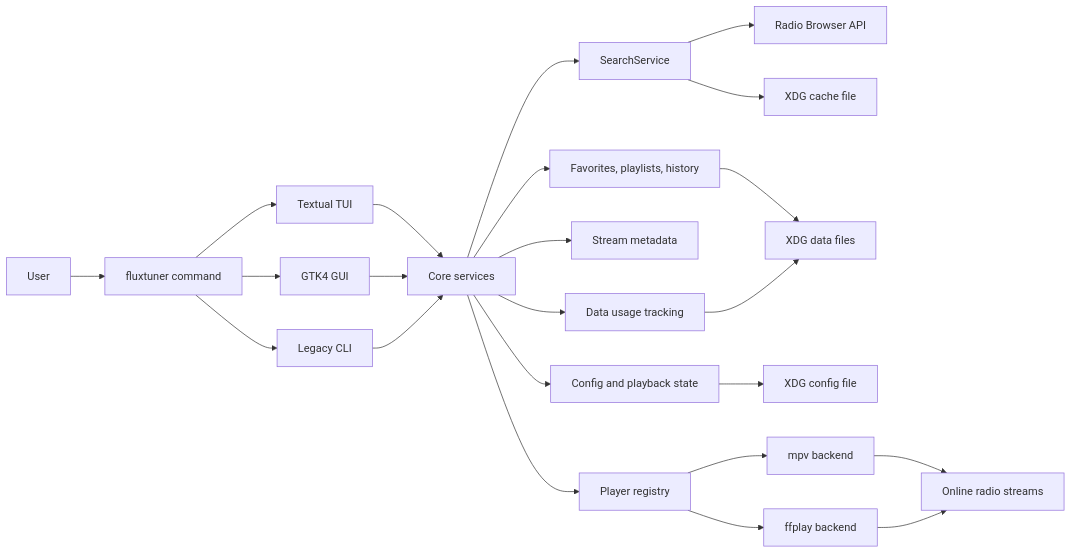
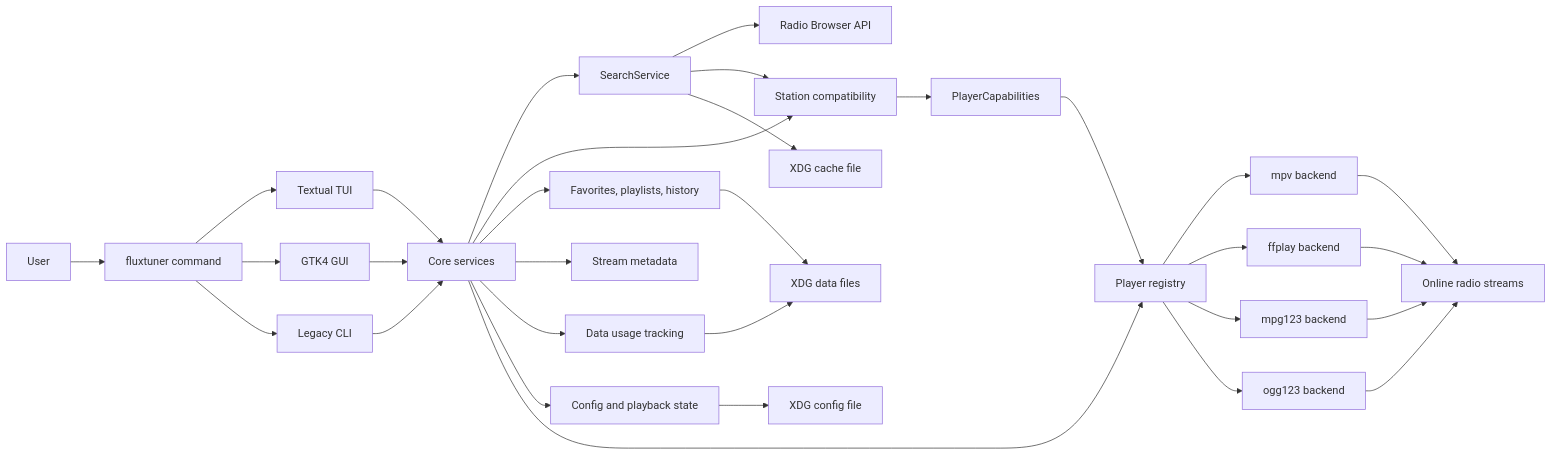
The first of 2 diagrams in docs/architecture.md (pitill0/fluxtuner), drawn with Mermaid before and after one commit. The commit also changed other lines of this file and 2 other files, not shown here.

Commit message:
Document specialized player backends

````diff
--- a/docs/architecture.md
+++ b/docs/architecture.md
@@ -7,30 +7,38 @@
 ```mermaid
 flowchart LR
     User["User"] --> Entry["fluxtuner command"]
     Entry --> TUI["Textual TUI"]
     Entry --> GUI["GTK4 GUI"]
     Entry --> CLI["Legacy CLI"]
 
     TUI --> Services["Core services"]
     GUI --> Services
     CLI --> Services
 
     Services --> Search["SearchService"]
+    Services --> Compatibility["Station compatibility"]
     Services --> Library["Favorites, playlists, history"]
     Services --> Metadata["Stream metadata"]
     Services --> Usage["Data usage tracking"]
     Services --> Config["Config and playback state"]
     Services --> PlayerRegistry["Player registry"]
 
     Search --> RadioBrowser["Radio Browser API"]
+    Search --> Compatibility
+    Compatibility --> Capabilities["PlayerCapabilities"]
+    Capabilities --> PlayerRegistry
 
     PlayerRegistry --> MPV["mpv backend"]
     PlayerRegistry --> FFPLAY["ffplay backend"]
+    PlayerRegistry --> MPG123["mpg123 backend"]
+    PlayerRegistry --> OGG123["ogg123 backend"]
     MPV --> Streams["Online radio streams"]
     FFPLAY --> Streams
+    MPG123 --> Streams
+    OGG123 --> Streams
 
     Library --> DataStorage["XDG data files"]
     Usage --> DataStorage
     Config --> ConfigStorage["XDG config file"]
     Search --> CacheStorage["XDG cache file"]
 ```
````
